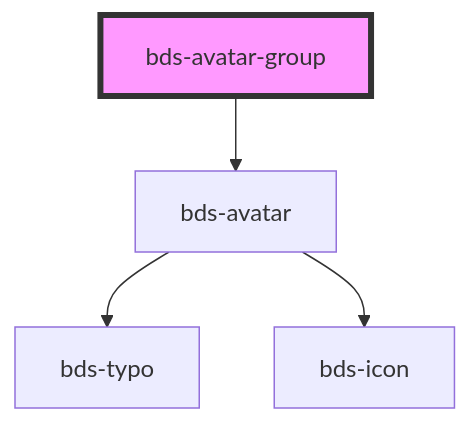
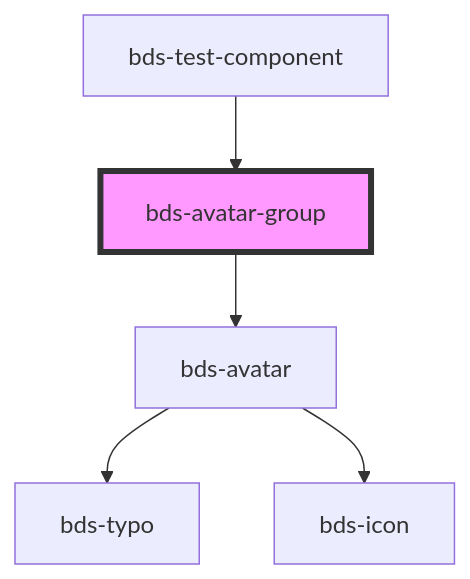
One commit to takenet/blip-ds changed the diagram in src/components/avatar-group/readme.md. Above: the diagram before and after it, drawn with Mermaid. The commit also changed other lines of this file and 73 other files, not shown here.

````diff
--- a/src/components/avatar-group/readme.md
+++ b/src/components/avatar-group/readme.md
@@ -31,7 +35,8 @@
 ```mermaid
 graph TD;
   bds-avatar-group --> bds-avatar
   bds-avatar --> bds-typo
   bds-avatar --> bds-icon
+  bds-test-component --> bds-avatar-group
   style bds-avatar-group fill:#f9f,stroke:#333,stroke-width:4px
 ```
````
